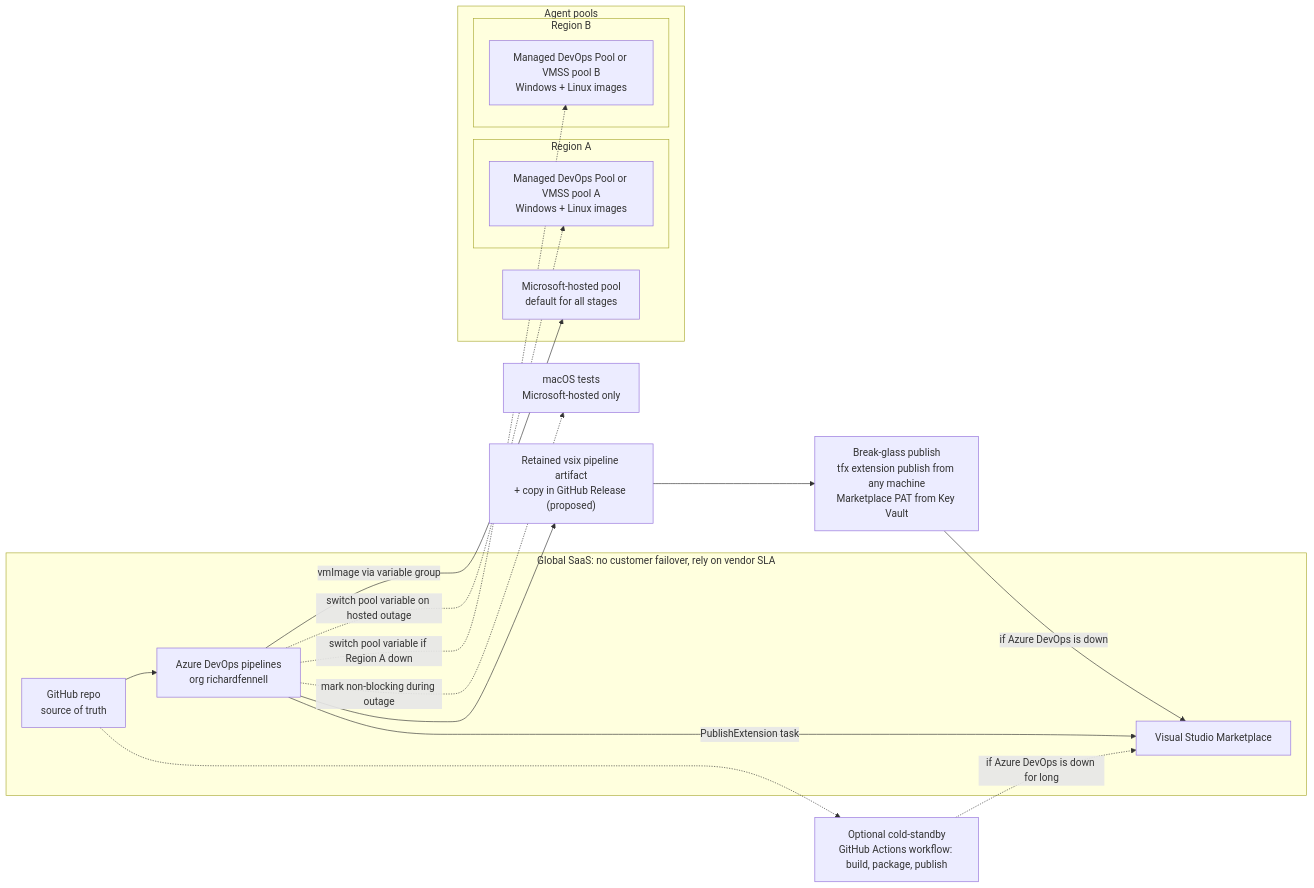
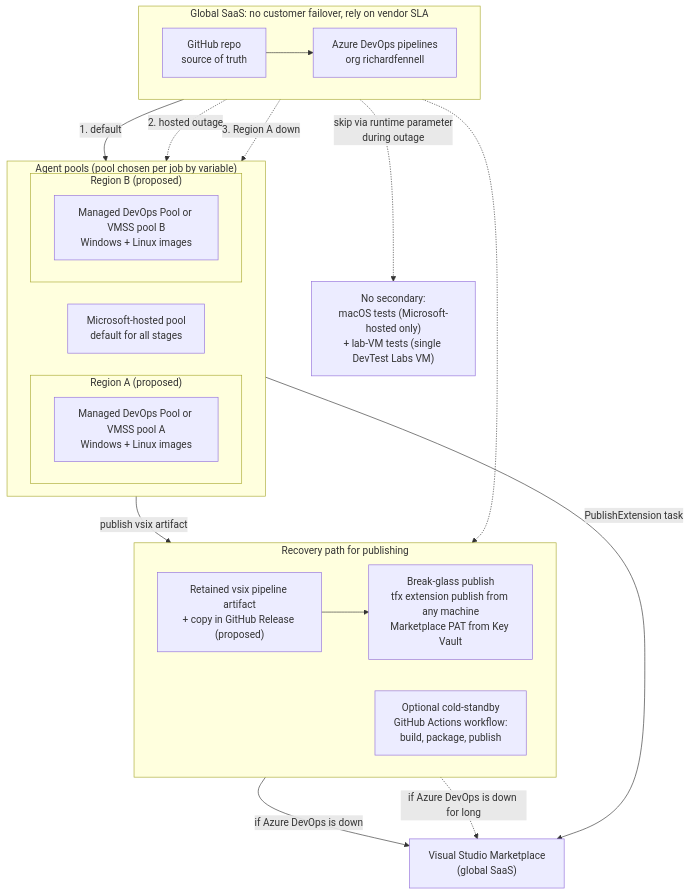
Before and after one commit to fRanK45jPm/johnmw: the fourth of 4 diagrams in docs/infrastructure.md, drawn with Mermaid. The commit also changed other lines of this file and 8 other files, not shown here.

First line of the commit message:
Render infrastructure diagrams to images and correct pipeline details

````diff
--- a/docs/infrastructure.md
+++ b/docs/infrastructure.md
@@ -167,35 +180,42 @@
 ```mermaid
-flowchart LR
+flowchart TB
   subgraph GLOBAL["Global SaaS: no customer failover, rely on vendor SLA"]
+    direction LR
     GHR["GitHub repo<br/>source of truth"]
     ADOP["Azure DevOps pipelines<br/>org richardfennell"]
-    MKTP["Visual Studio Marketplace"]
   end
 
-  subgraph POOLS["Agent pools"]
+  subgraph POOLS["Agent pools (pool chosen per job by variable)"]
+    direction LR
     MSH2["Microsoft-hosted pool<br/>default for all stages"]
-    subgraph SHA["Region A"]
+    subgraph SHA["Region A (proposed)"]
       MDPA["Managed DevOps Pool or VMSS pool A<br/>Windows + Linux images"]
     end
-    subgraph SHB["Region B"]
+    subgraph SHB["Region B (proposed)"]
       MDPB["Managed DevOps Pool or VMSS pool B<br/>Windows + Linux images"]
     end
   end
 
-  MAC["macOS tests<br/>Microsoft-hosted only"]
-  VSIX["Retained vsix pipeline artifact<br/>+ copy in GitHub Release (proposed)"]
-  BG["Break-glass publish<br/>tfx extension publish from any machine<br/>Marketplace PAT from Key Vault"]
-  GHAF["Optional cold-standby<br/>GitHub Actions workflow: build, package, publish"]
+  MAC["No secondary:<br/>macOS tests (Microsoft-hosted only)<br/>+ lab-VM tests (single DevTest Labs VM)"]
+
+  subgraph BREAK["Recovery path for publishing"]
+    direction LR
+    VSIX["Retained vsix pipeline artifact<br/>+ copy in GitHub Release (proposed)"]
+    BG["Break-glass publish<br/>tfx extension publish from any machine<br/>Marketplace PAT from Key Vault"]
+    GHAF["Optional cold-standby<br/>GitHub Actions workflow:<br/>build, package, publish"]
+  end
+
+  MKTP["Visual Studio Marketplace<br/>(global SaaS)"]
 
   GHR --> ADOP
-  ADOP -- "vmImage via variable group" --> MSH2
-  ADOP -. "switch pool variable on hosted outage" .-> MDPA
-  ADOP -. "switch pool variable if Region A down" .-> MDPB
-  ADOP -. "mark non-blocking during outage" .-> MAC
-  ADOP --> VSIX
-  ADOP -- "PublishExtension task" --> MKTP
+  ADOP -- "1. default" --> MSH2
+  ADOP -. "2. hosted outage" .-> MDPA
+  ADOP -. "3. Region A down" .-> MDPB
+  ADOP -. "skip via runtime parameter<br/>during outage" .-> MAC
+  POOLS -- "PublishExtension task" --> MKTP
+  POOLS -- "publish vsix artifact" --> VSIX
   VSIX --> BG
   BG -- "if Azure DevOps is down" --> MKTP
   GHR -.-> GHAF
   GHAF -. "if Azure DevOps is down for long" .-> MKTP
 ```
````
